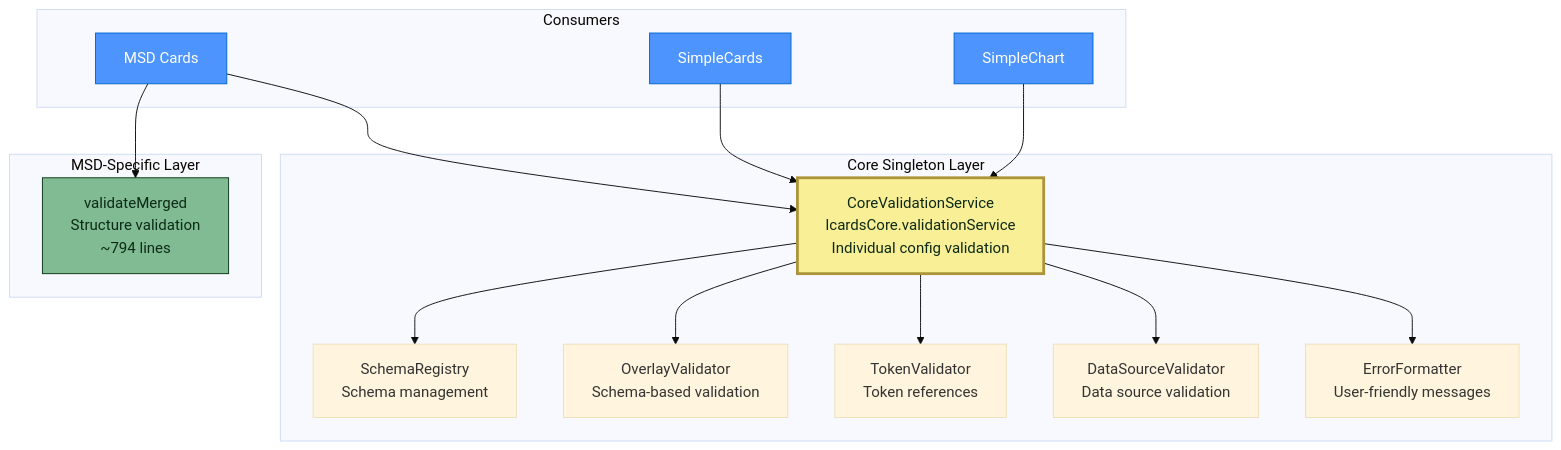
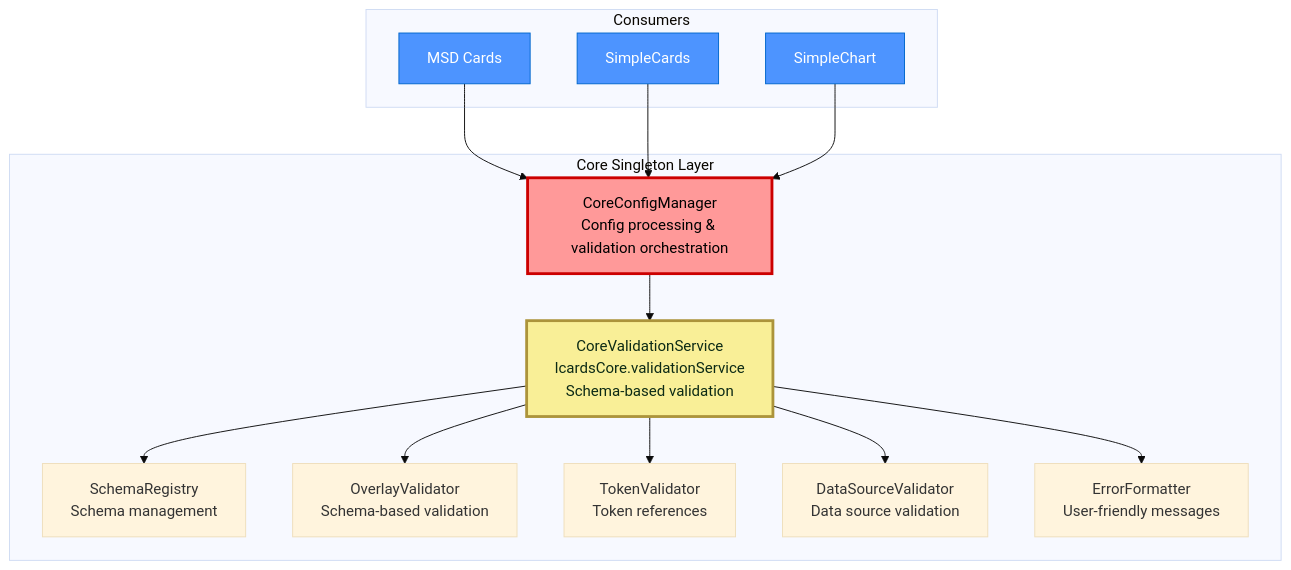
One commit to solhuebner/lcards changed the first of 2 diagrams in doc/architecture/subsystems/validation-system.md. Above: the diagram before and after it, drawn with Mermaid (base theme). The commit also changed other lines of this file, not shown here.

Commit message:
refactor: Update validation system documentation to reflect unified architecture and CoreConfigManager integration

````diff
--- a/doc/architecture/subsystems/validation-system.md
+++ b/doc/architecture/subsystems/validation-system.md
@@ -49,38 +45,36 @@
 ```mermaid
 graph TB
     subgraph "Core Singleton Layer"
-        CVS[CoreValidationService<br/>lcardsCore.validationService<br/>Individual config validation]
+        CCM[CoreConfigManager<br/>Config processing & validation orchestration]
+        CVS[CoreValidationService<br/>lcardsCore.validationService<br/>Schema-based validation]
         SR[SchemaRegistry<br/>Schema management]
         OV[OverlayValidator<br/>Schema-based validation]
         TV[TokenValidator<br/>Token references]
         DSV[DataSourceValidator<br/>Data source validation]
         EF[ErrorFormatter<br/>User-friendly messages]
-    end
-
-    subgraph "MSD-Specific Layer"
-        VM[validateMerged<br/>Structure validation<br/>~794 lines]
     end
 
     subgraph "Consumers"
         MSD[MSD Cards]
         SC[SimpleCards]
         SCH[SimpleChart]
     end
 
-    MSD --> CVS
-    MSD --> VM
-    SC --> CVS
-    SCH --> CVS
+    MSD --> CCM
+    SC --> CCM
+    SCH --> CCM
+
+    CCM --> CVS
 
     CVS --> SR
     CVS --> OV
     CVS --> TV
     CVS --> DSV
     CVS --> EF
 
+    style CCM fill:#ff9999,stroke:#cc0000,stroke-width:3px,color:#000
     style CVS fill:#f9ef97,stroke:#ac943b,stroke-width:3px,color:#0c2a15
-    style VM fill:#80bb93,stroke:#083717,color:#0c2a15
     style MSD fill:#4d94ff,stroke:#0066cc,color:#fff
     style SC fill:#4d94ff,stroke:#0066cc,color:#fff
     style SCH fill:#4d94ff,stroke:#0066cc,color:#fff
 ```
````
